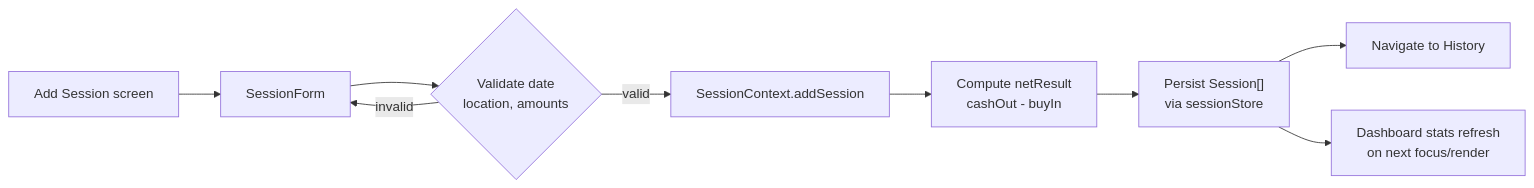
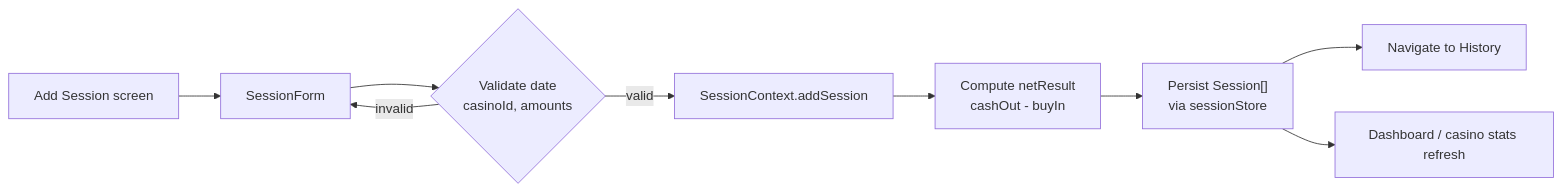
One commit to Trevor5008/StackTrack changed the fifth of 8 diagrams in docs/flow.md. Above: the diagram before and after it, drawn with Mermaid. The commit also changed other lines of this file and 27 other files, not shown here.

````diff
--- a/docs/flow.md
+++ b/docs/flow.md
@@ -98,11 +105,11 @@
 ```mermaid
 flowchart LR
   A[Add Session screen] --> B[SessionForm]
-  B --> C{"Validate date<br/>location, amounts"}
+  B --> C{"Validate date<br/>casinoId, amounts"}
   C -->|invalid| B
   C -->|valid| D[SessionContext.addSession]
   D --> E["Compute netResult<br/>cashOut - buyIn"]
   E --> F["Persist Session[]<br/>via sessionStore"]
   F --> G[Navigate to History]
-  F --> H["Dashboard stats refresh<br/>on next focus/render"]
+  F --> H["Dashboard / casino stats refresh"]
 ```
````
